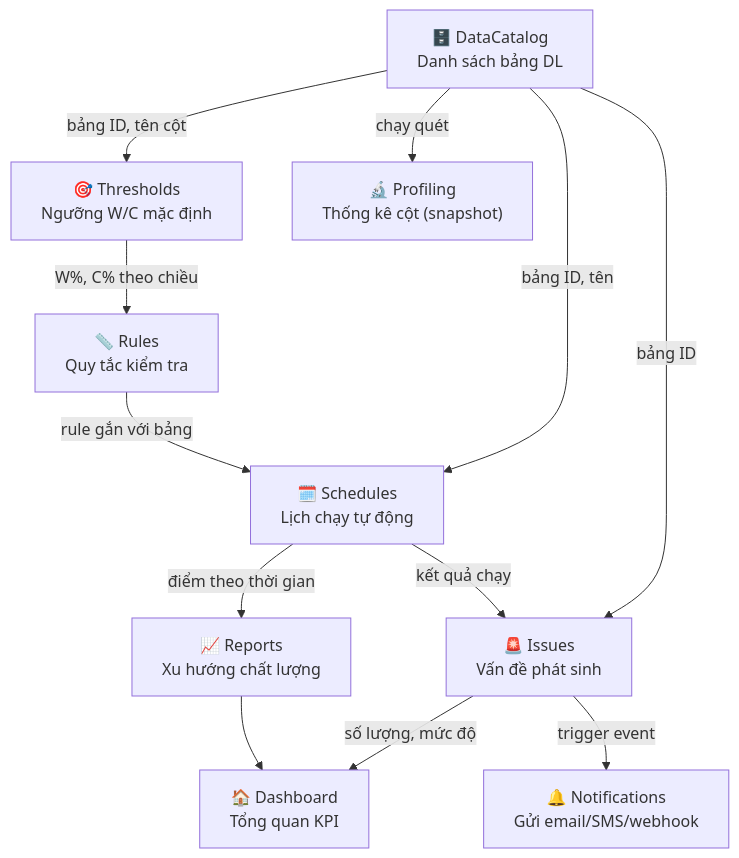
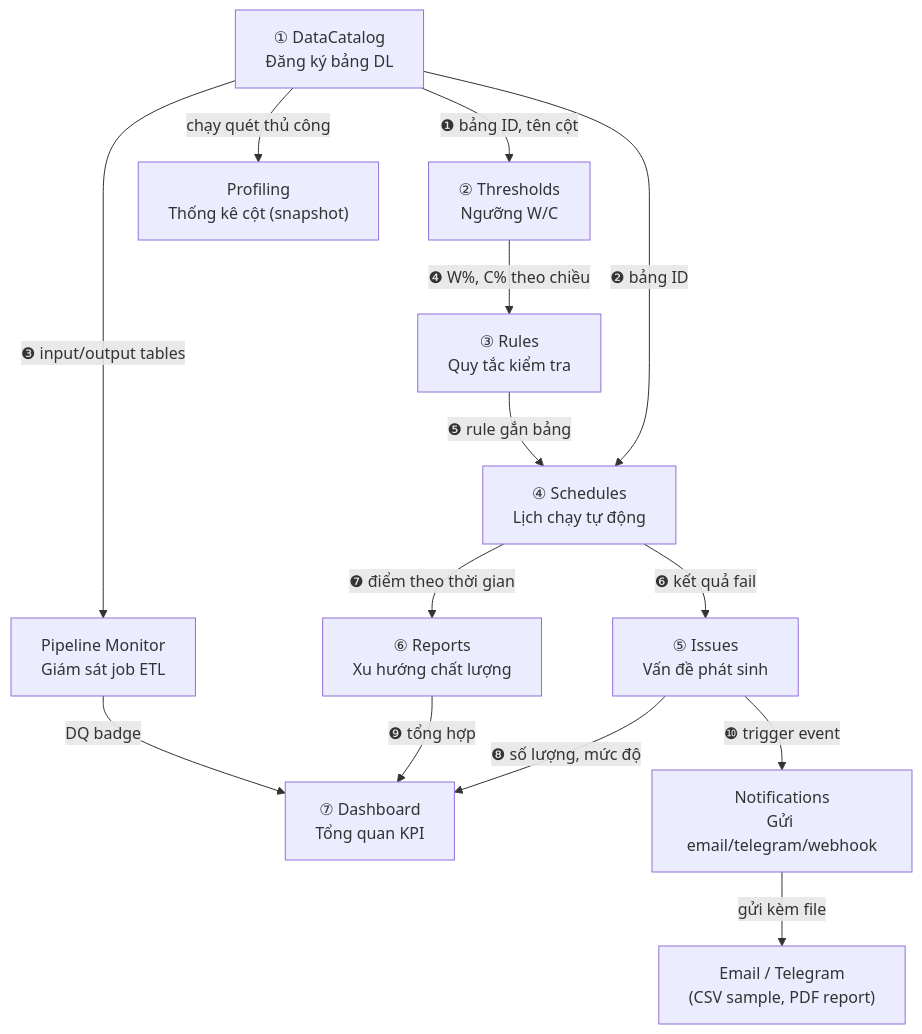
One commit to Khoileee/dataquality changed the second of 3 diagrams in HDSD.md. Above: the diagram before and after it, drawn with Mermaid. The commit also changed other lines of this file and 7 other files, not shown here.

````diff
--- a/HDSD.md
+++ b/HDSD.md
@@ -116,22 +138,25 @@
 ```mermaid
 flowchart TD
-  A["🗄️ DataCatalog\nDanh sách bảng DL"] -->|bảng ID, tên cột| B
-  A -->|bảng ID, tên| D
-  A -->|bảng ID| E
+  A["① DataCatalog\nĐăng ký bảng DL"] -->|"❶ bảng ID, tên cột"| B
+  A -->|"❷ bảng ID"| D
+  A -->|"❸ input/output tables"| J
 
-  B["🎯 Thresholds\nNgưỡng W/C mặc định"] -->|W%, C% theo chiều| C
+  B["② Thresholds\nNgưỡng W/C"] -->|"❹ W%, C% theo chiều"| C
 
-  C["📏 Rules\nQuy tắc kiểm tra"] -->|rule gắn với bảng| D
+  C["③ Rules\nQuy tắc kiểm tra"] -->|"❺ rule gắn bảng"| D
 
-  D["🗓️ Schedules\nLịch chạy tự động"] -->|kết quả chạy| E
-  D -->|điểm theo thời gian| F
+  D["④ Schedules\nLịch chạy tự động"] -->|"❻ kết quả fail"| E
+  D -->|"❼ điểm theo thời gian"| F
 
-  E["🚨 Issues\nVấn đề phát sinh"] -->|số lượng, mức độ| G
-  F["📈 Reports\nXu hướng chất lượng"] --> G
+  E["⑤ Issues\nVấn đề phát sinh"] -->|"❽ số lượng, mức độ"| G
+  F["⑥ Reports\nXu hướng chất lượng"] -->|"❾ tổng hợp"| G
 
-  G["🏠 Dashboard\nTổng quan KPI"]
+  G["⑦ Dashboard\nTổng quan KPI"]
 
-  E -->|trigger event| H["🔔 Notifications\nGửi email/SMS/webhook"]
+  E -->|"❿ trigger event"| H["Notifications\nGửi email/telegram/webhook"]
 
-  A -->|chạy quét| I["🔬 Profiling\nThống kê cột (snapshot)"]
+  A -->|"chạy quét thủ công"| I["Profiling\nThống kê cột (snapshot)"]
+
+  J["Pipeline Monitor\nGiám sát job ETL"] -->|"DQ badge"| G
+  H -->|"gửi kèm file"| H2["Email / Telegram\n(CSV sample, PDF report)"]
 ```
````
